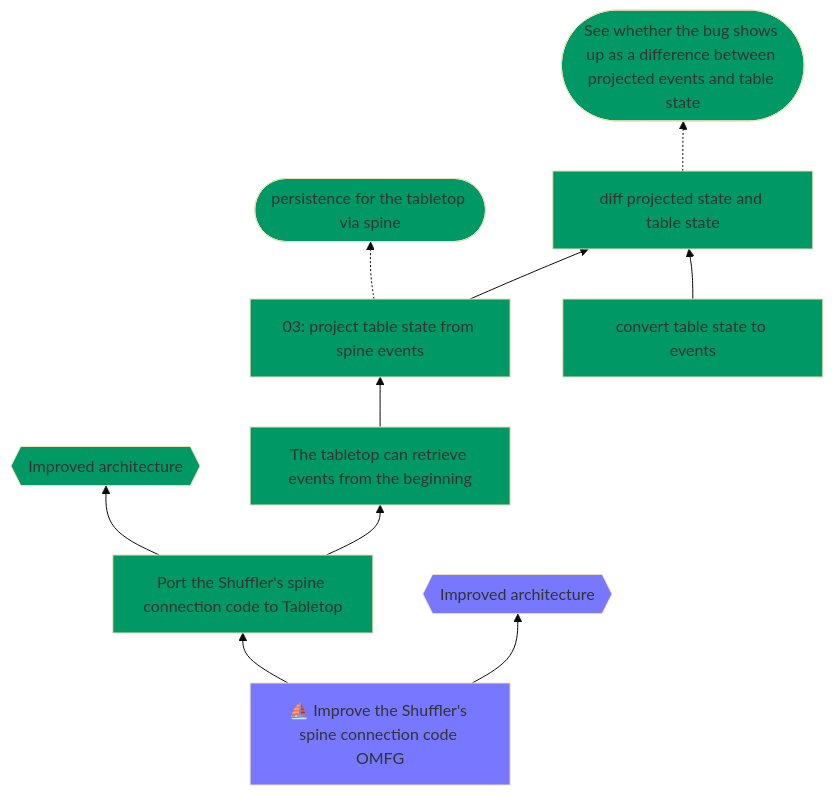
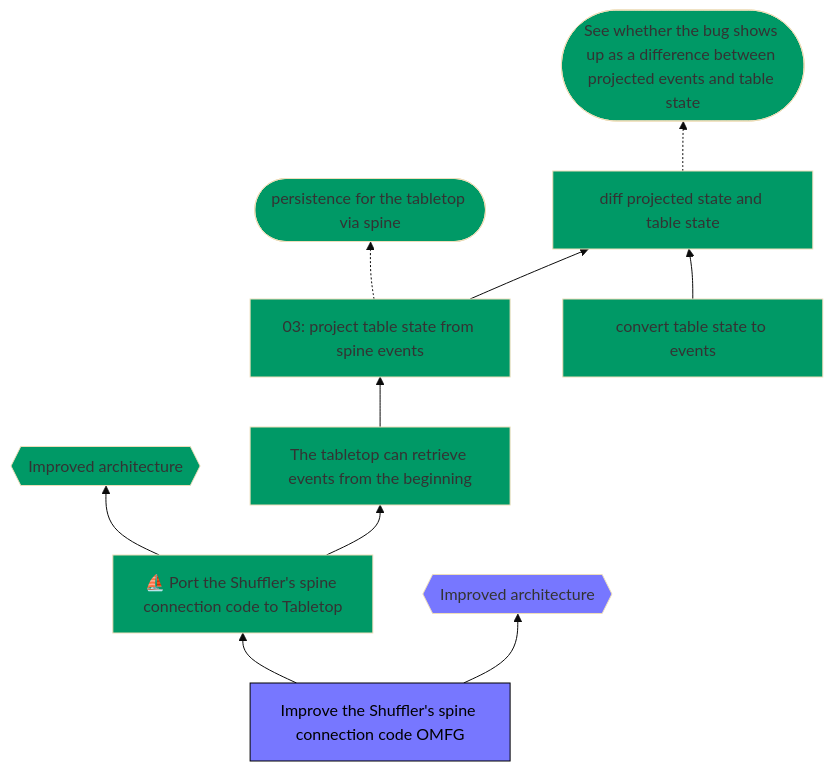
Before and after one commit to jessitron/mtg-deck-shuffler: the diagram in .scratch/tabletop-persists-physical-events/map.mmd, drawn with Mermaid (base theme). The commit also changed 4 other files, not shown here.

```diff
--- a/.scratch/tabletop-persists-physical-events/map.mmd
+++ b/.scratch/tabletop-persists-physical-events/map.mmd
@@ -1,26 +1,29 @@
 flowchart BT
-   t1[Port the Shuffler's spine connection code to Tabletop] --> joy1{{Improved architecture}}
+   t1[⛵️ Port the Shuffler's spine connection code to Tabletop] --> joy1{{Improved architecture}}
    t1 --> t2[The tabletop can retrieve events from the beginning]
-   t3[⛵️ Improve the Shuffler's spine connection code OMFG] --> t1
+   t3[Improve the Shuffler's spine connection code OMFG] --> t1
    t3 --> joy2{{Improved architecture}}
    t2 --> t4[03: project table state from spine events]
    g1([See whether the bug shows up as a difference between projected events and table state])
    g2([persistence for the tabletop via spine])
    t5[diff projected state and table state]
    t4-->t5
    t6[convert table state to events] -->t5
    t5-.->g1
    t4 -.->g2
 
 classDef tabletop fill:#009966
 classDef shuffler fill:#7777ff
 class joy1 tabletop;
 class t1 tabletop;
 class t2 tabletop;
 class t3 shuffler;
 class joy2 shuffler;
 class t4 tabletop;
 class t5 tabletop;
 class g1 tabletop;
 class g2 tabletop;
 class t6 tabletop;
+
+classDef complete color:#000000,stroke:#000000;
+class t3 complete;
```
